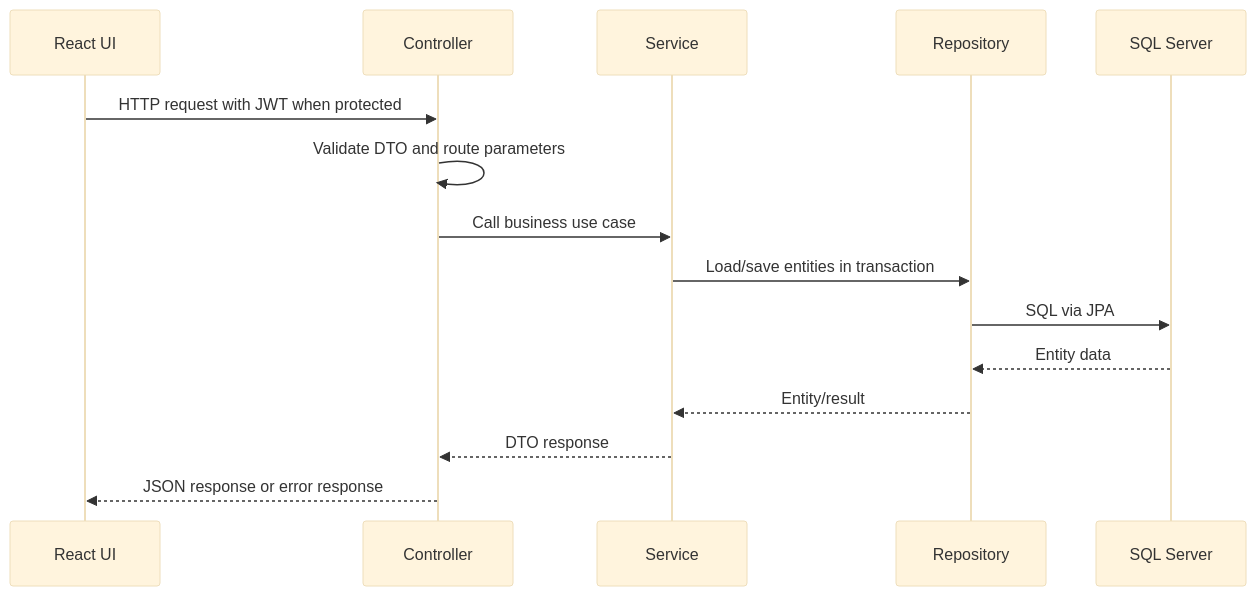
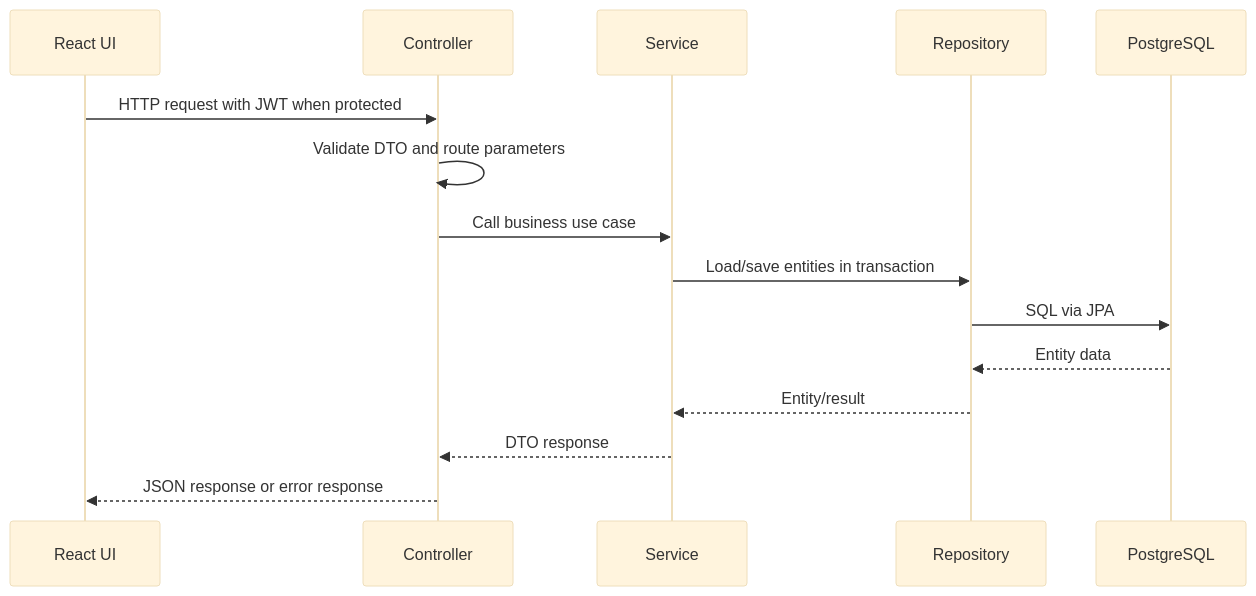
The diagram in docs/specs/technical/02_backend-architecture.md (itsHungw/SWP391-horse-racing-tournament-system), drawn with Mermaid (base theme) before and after one commit. The commit also changed other lines of this file and 22 other files, not shown here.

````diff
--- a/docs/specs/technical/02_backend-architecture.md
+++ b/docs/specs/technical/02_backend-architecture.md
@@ -39,18 +42,18 @@
 ```mermaid
 sequenceDiagram
     participant UI as React UI
     participant API as Controller
     participant S as Service
     participant R as Repository
-    participant DB as SQL Server
+    participant DB as PostgreSQL
 
     UI->>API: HTTP request with JWT when protected
     API->>API: Validate DTO and route parameters
     API->>S: Call business use case
     S->>R: Load/save entities in transaction
     R->>DB: SQL via JPA
     DB-->>R: Entity data
     R-->>S: Entity/result
     S-->>API: DTO response
     API-->>UI: JSON response or error response
 ```
````
